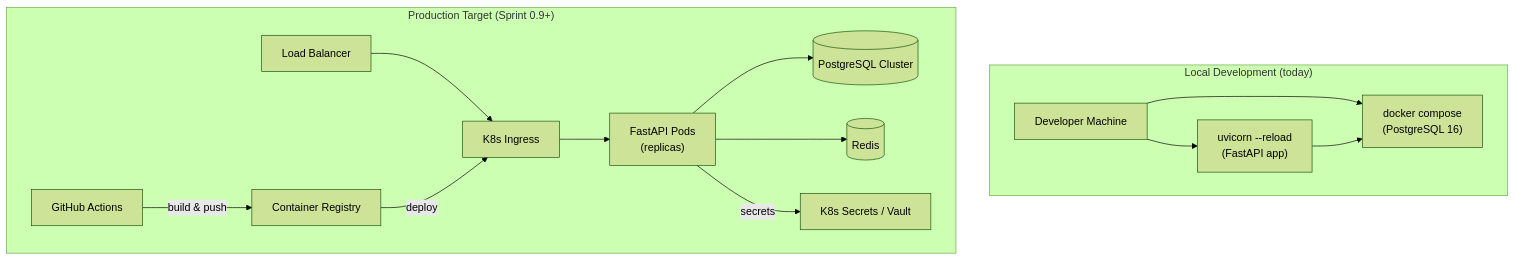
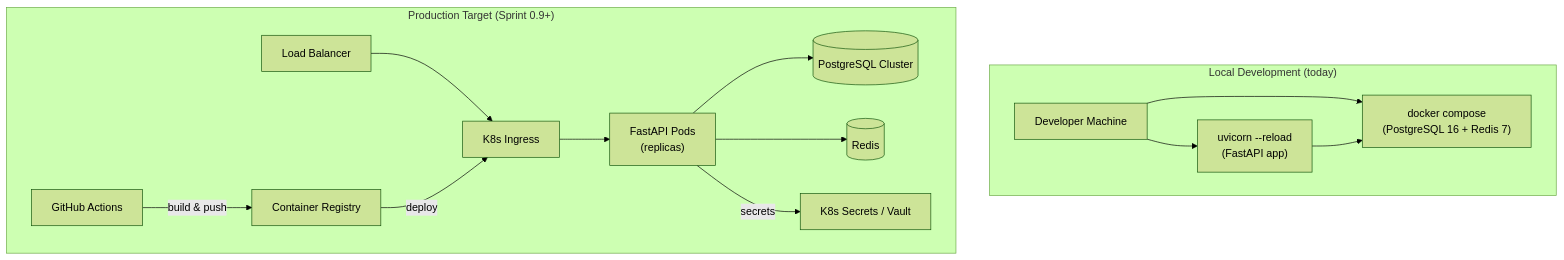
Diagram 11 of 11 in docs/architecture.md (manikantadakarapu/multi-cloud-ai-cost-detector), drawn with Mermaid (forest theme) before and after one commit. The commit also changed other lines of this file and 26 other files, not shown here.

````diff
--- a/docs/architecture.md
+++ b/docs/architecture.md
@@ -814,18 +845,18 @@
 ```mermaid
 graph TD
     subgraph "Local Development (today)"
-        Dev["Developer Machine"] --> Compose["docker compose<br/>(PostgreSQL 16)"]
+        Dev["Developer Machine"] --> Compose["docker compose<br/>(PostgreSQL 16 + Redis 7)"]
         Dev --> Uvicorn["uvicorn --reload<br/>(FastAPI app)"]
         Uvicorn --> Compose
     end
 
     subgraph "Production Target (Sprint 0.9+)"
         LB["Load Balancer"] --> Ingress["K8s Ingress"]
         Ingress --> Pods["FastAPI Pods<br/>(replicas)"]
         Pods --> PGCluster[("PostgreSQL Cluster")]
         Pods --> RedisCluster[("Redis")]
         Pods -->|secrets| SecretStore["K8s Secrets / Vault"]
         CI["GitHub Actions"] -->|build & push| Registry["Container Registry"]
         Registry -->|deploy| Ingress
     end
 ```
````
